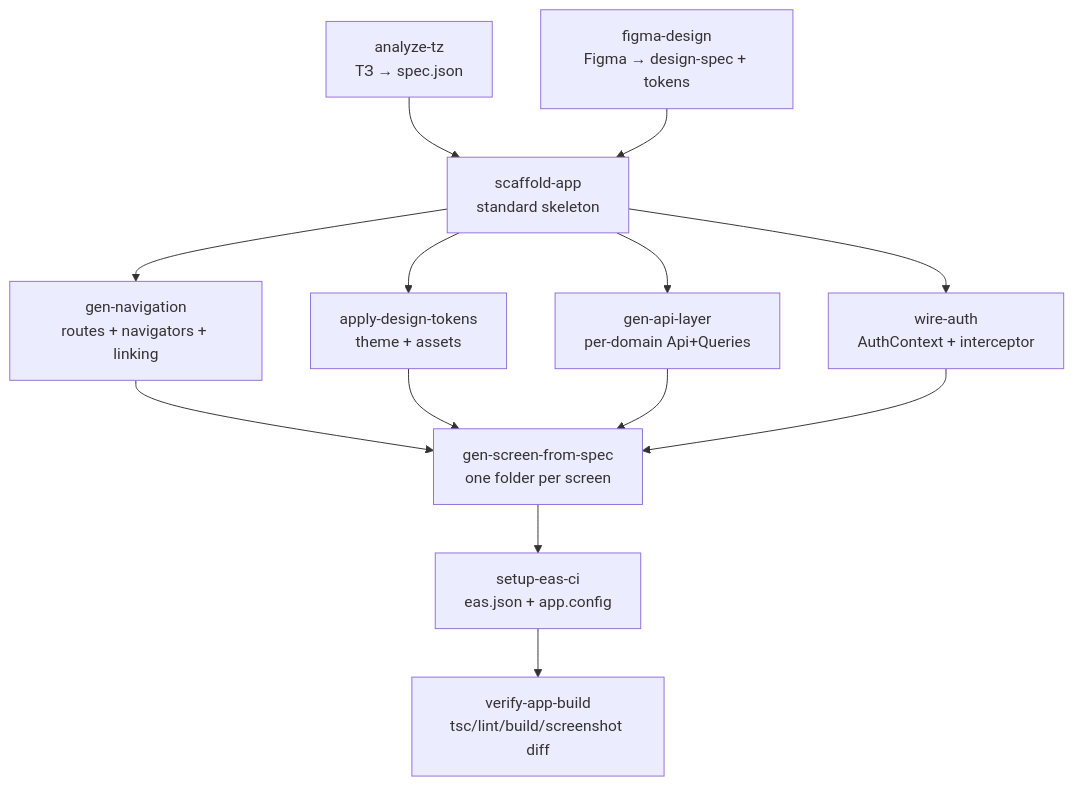
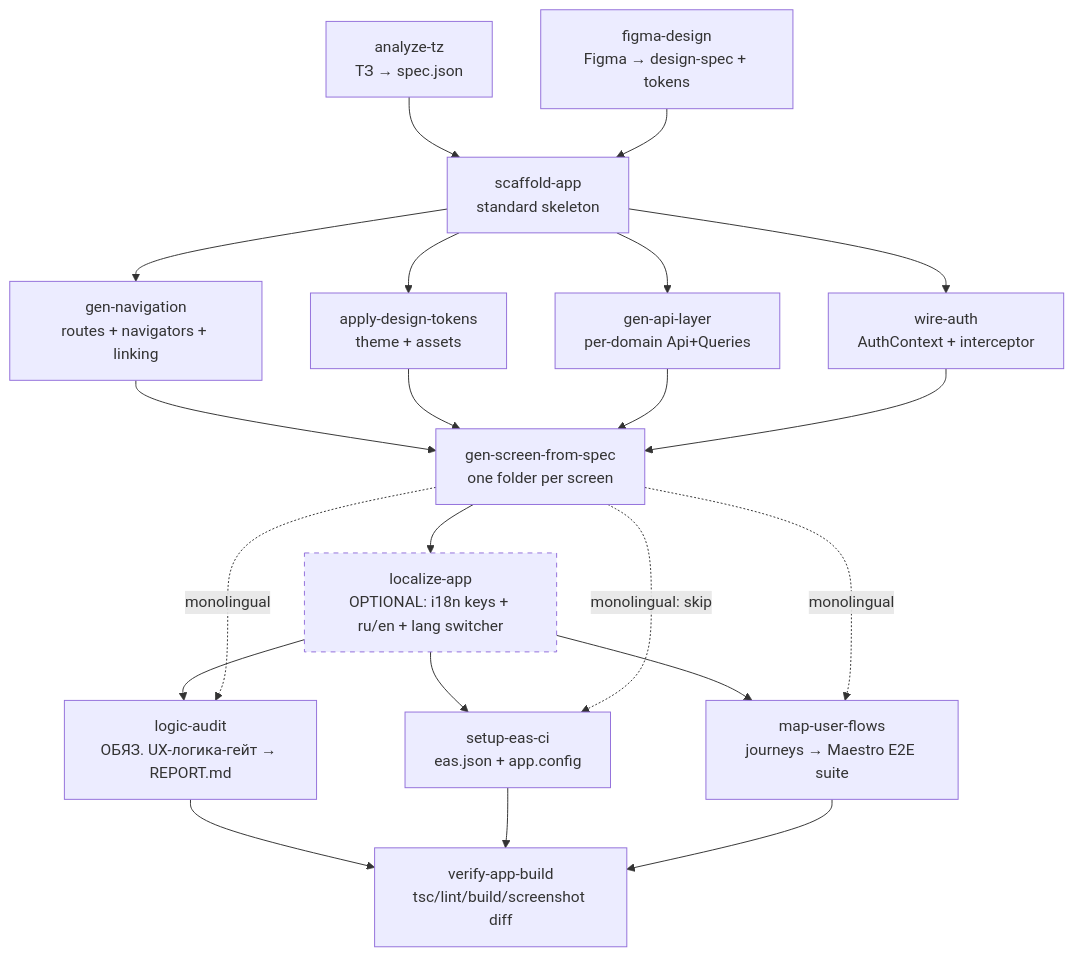
The diagram in .hq/scenarios/new-mobile-app.DRAFT.md (nikita36trinta/hq-workspace), drawn with Mermaid before and after one commit. The commit also changed other lines of this file and 2 other files, not shown here.

First line of the commit message:
Snapshot: VenusX app+backend published, factory pipelines on digiterium

````diff
--- a/.hq/scenarios/new-mobile-app.DRAFT.md
+++ b/.hq/scenarios/new-mobile-app.DRAFT.md
@@ -170,15 +206,25 @@
 ```mermaid
 flowchart TD
   tz[analyze-tz<br/>ТЗ → spec.json] --> scaffold[scaffold-app<br/>standard skeleton]
   figma[figma-design<br/>Figma → design-spec + tokens] --> scaffold
   scaffold --> nav[gen-navigation<br/>routes + navigators + linking]
   scaffold --> tokens[apply-design-tokens<br/>theme + assets]
   scaffold --> api[gen-api-layer<br/>per-domain Api+Queries]
   scaffold --> auth[wire-auth<br/>AuthContext + interceptor]
   nav --> screens[gen-screen-from-spec<br/>one folder per screen]
   tokens --> screens
   api --> screens
   auth --> screens
-  screens --> eas[setup-eas-ci<br/>eas.json + app.config]
-  eas --> verify[verify-app-build<br/>tsc/lint/build/screenshot diff]
+  screens --> localize[localize-app<br/>OPTIONAL: i18n keys + ru/en + lang switcher]
+  localize --> eas[setup-eas-ci<br/>eas.json + app.config]
+  screens -. monolingual: skip .-> eas
+  localize --> flows[map-user-flows<br/>journeys → Maestro E2E suite]
+  screens -. monolingual .-> flows
+  localize --> logic[logic-audit<br/>ОБЯЗ. UX-логика-гейт → REPORT.md]
+  screens -. monolingual .-> logic
+  logic --> verify[verify-app-build<br/>tsc/lint/build/screenshot diff]
+  eas --> verify
+  flows --> verify
+  localize:::optional
+  classDef optional stroke-dasharray: 5 5
 ```
````
